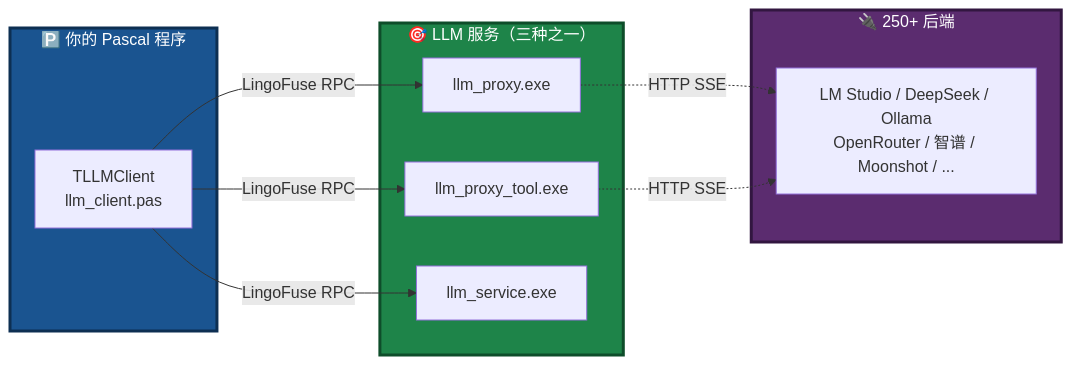
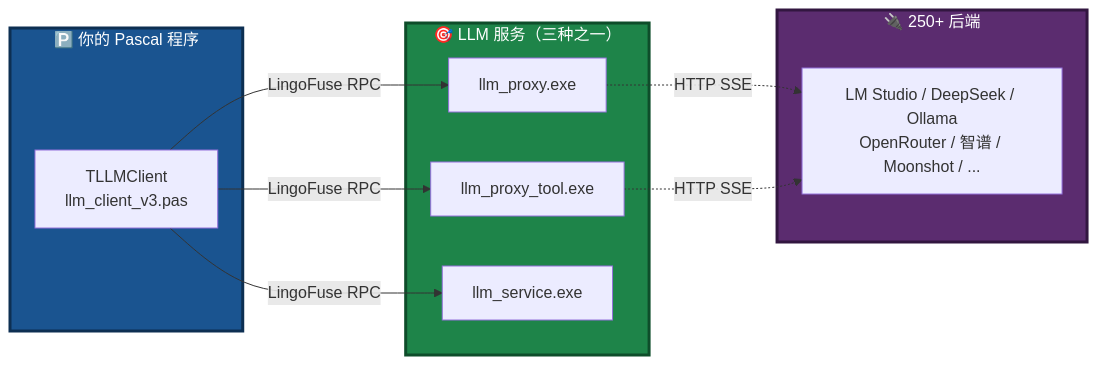
One commit to PassByYou888/LingoFuse-pasAgent-v3 changed the fourth of 12 diagrams in Pascal_Integration_Guide.md. Above: the diagram before and after it, drawn with Mermaid. The commit also changed other lines of this file, not shown here.

````diff
--- a/Pascal_Integration_Guide.md
+++ b/Pascal_Integration_Guide.md
@@ -191,26 +201,26 @@
 ```mermaid
 flowchart LR
     subgraph Pascal["🅿️ 你的 Pascal 程序"]
-        C["TLLMClient<br/>llm_client.pas"]
+        C["TLLMClient<br/>llm_client_v3.pas"]
     end
 
     subgraph Server["🎯 LLM 服务（三种之一）"]
         S1["llm_proxy.exe"]
         S2["llm_proxy_tool.exe"]
         S3["llm_service.exe"]
     end
 
     subgraph Backend["🔌 250+ 后端"]
         B1["LM Studio / DeepSeek / Ollama<br/>OpenRouter / 智谱 / Moonshot / ..."]
     end
 
     C -->|"LingoFuse RPC"| S1
     C -->|"LingoFuse RPC"| S2
     C -->|"LingoFuse RPC"| S3
     S1 -.->|"HTTP SSE"| B1
     S2 -.->|"HTTP SSE"| B1
 
     style Pascal fill:#1A5490,stroke:#0D2F52,stroke-width:3px,color:#FFFFFF
     style Server fill:#1E8449,stroke:#0E4D2A,stroke-width:3px,color:#FFFFFF
     style Backend fill:#5B2C6F,stroke:#321640,stroke-width:3px,color:#FFFFFF
 ```
````
